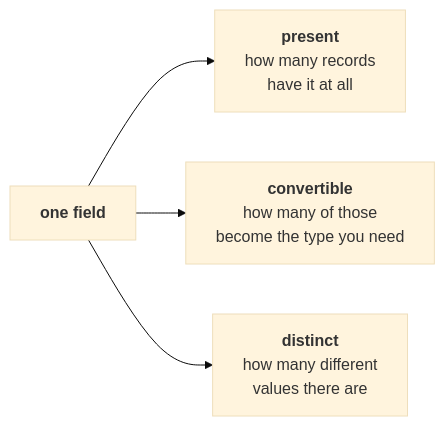
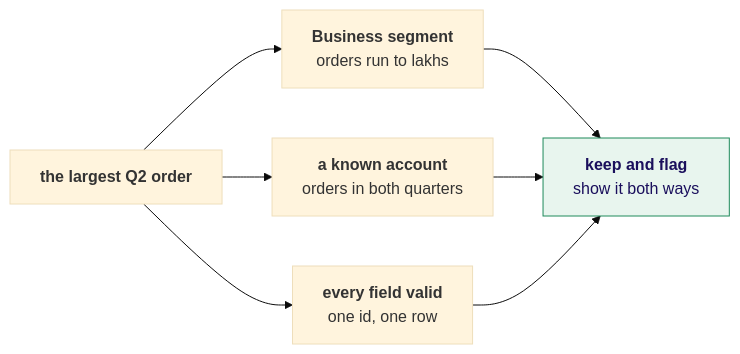
Diagram 16 of 21 in content/W01/D3/slides/C2_W01_D03_half1_STUDENT.md (fde-academy-lab/c2-content-factory), drawn with Mermaid (base theme) before and after one commit. The commit also changed other lines of this file and 3 other files, not shown here.

````diff
--- a/content/W01/D3/slides/C2_W01_D03_half1_STUDENT.md
+++ b/content/W01/D3/slides/C2_W01_D03_half1_STUDENT.md
@@ -120,6 +713,11 @@
 ```mermaid
 flowchart LR
-    F["<b>one field</b>"] --> A["<b>present</b><br/>how many records<br/>have it at all"]
-    F --> B["<b>convertible</b><br/>how many of those<br/>become the type you need"]
-    F --> C["<b>distinct</b><br/>how many different<br/>values there are"]
+    O["<b>the largest Q2 order</b>"] --> S["<b>Business segment</b><br/>orders run to lakhs"]
+    O --> C["<b>a known account</b><br/>orders in both quarters"]
+    O --> F["<b>every field valid</b><br/>one id, one row"]
+    S --> K["<b>keep and flag</b><br/>show it both ways"]
+    C --> K
+    F --> K
+    classDef good fill:#E8F5EE,stroke:#1F8A5B,color:#1A0F5C
+    class K good
 ```
````
